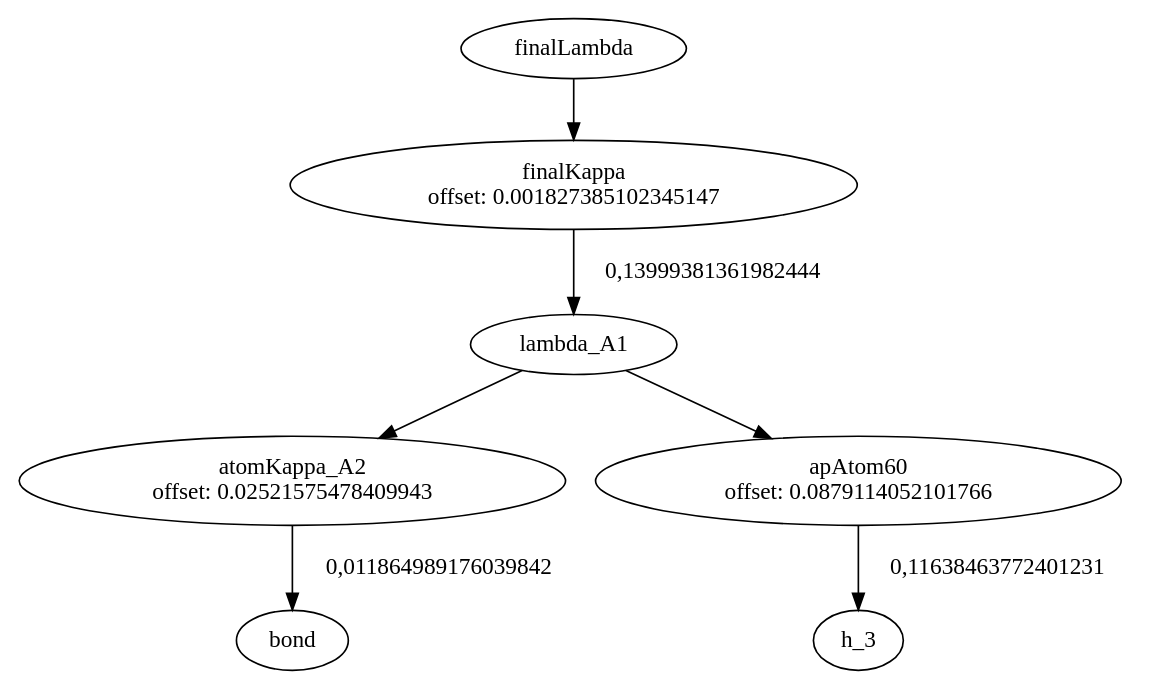
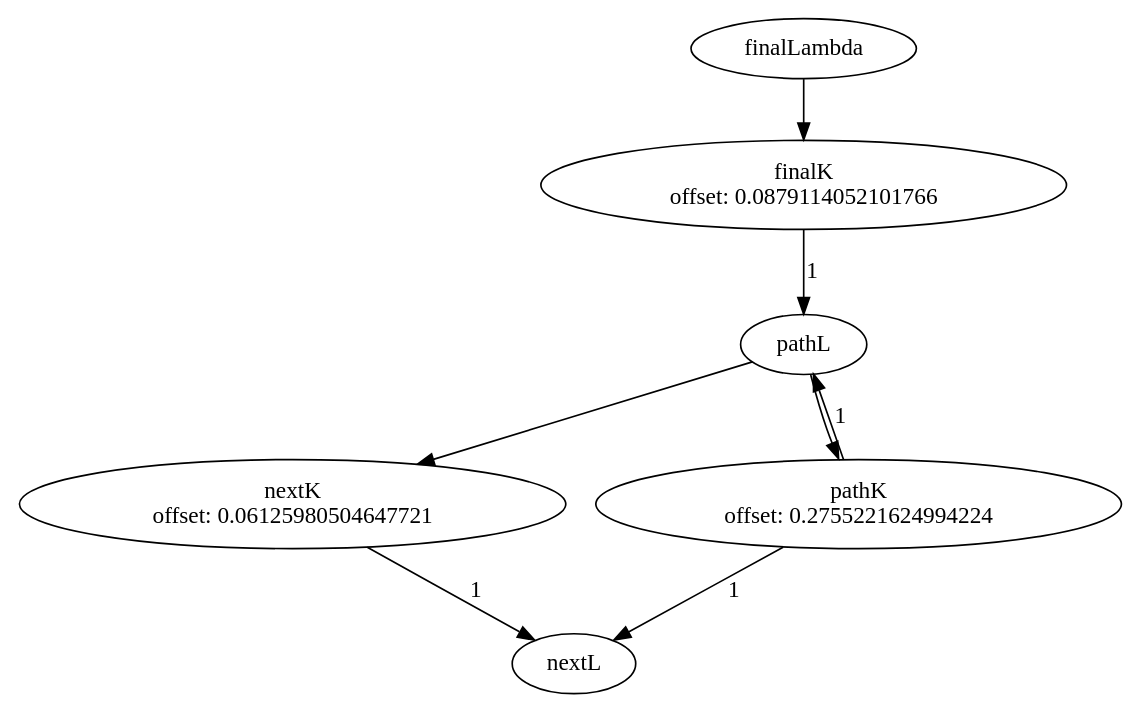
The diagram in graph.dot (GustikS/Neurologic), drawn with Graphviz before and after one commit. The commit also changed 17 other files, not shown here.

```diff
--- a/graph.dot
+++ b/graph.dot
@@ -1,14 +1,16 @@
 digraph G {
-"finalLambda" -> "finalKappa
-offset: 0.001827385102345147";
-"finalKappa
-offset: 0.001827385102345147" -> "lambda_A1" [ label = "0,13999381361982444" ];
-"lambda_A1" -> "atomKappa_A2
-offset: 0.02521575478409943";
-"atomKappa_A2
-offset: 0.02521575478409943" -> "bond" [ label = "0,011864989176039842" ];
-"lambda_A1" -> "apAtom60
+"finalLambda" -> "finalK
 offset: 0.0879114052101766";
-"apAtom60
-offset: 0.0879114052101766" -> "h_3" [ label = "0,11638463772401231" ];
+"finalK
+offset: 0.0879114052101766" -> "pathL" [ label = "1" ];
+"pathL" -> "nextK
+offset: 0.06125980504647721";
+"nextK
+offset: 0.06125980504647721" -> "nextL" [ label = "1" ];
+"pathL" -> "pathK
+offset: 0.2755221624994224";
+"pathK
+offset: 0.2755221624994224" -> "nextL" [ label = "1" ];
+"pathK
+offset: 0.2755221624994224" -> "pathL" [ label = "1" ];
 }
```
